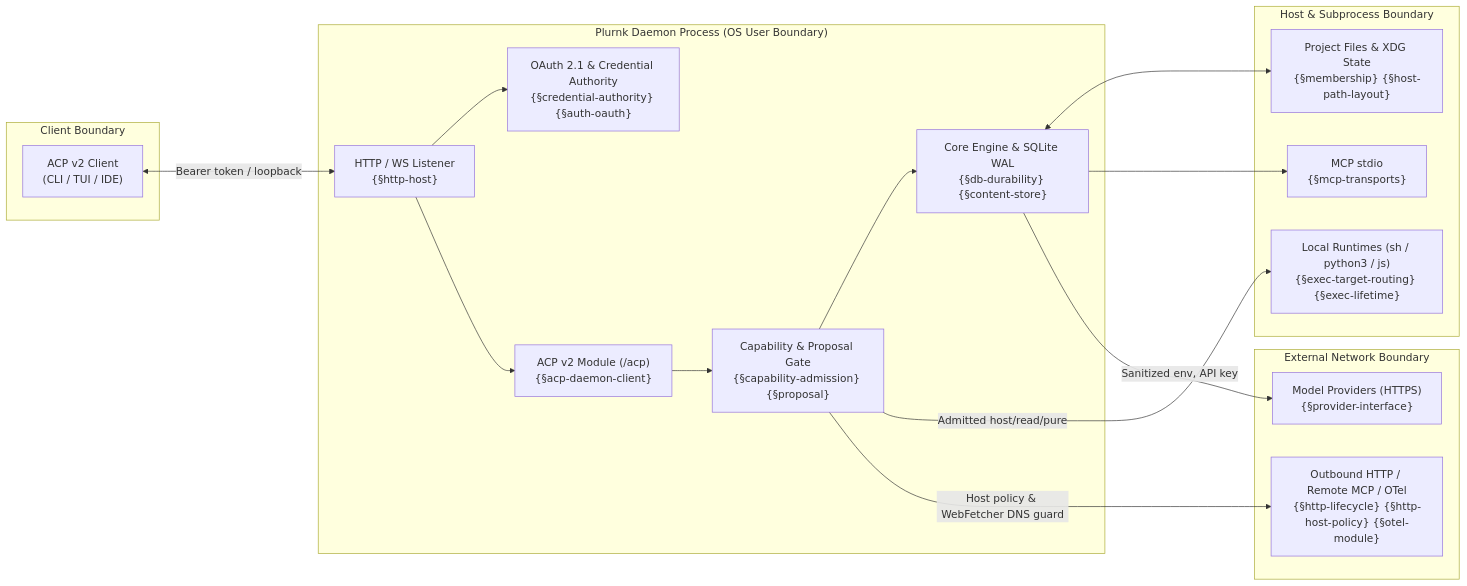
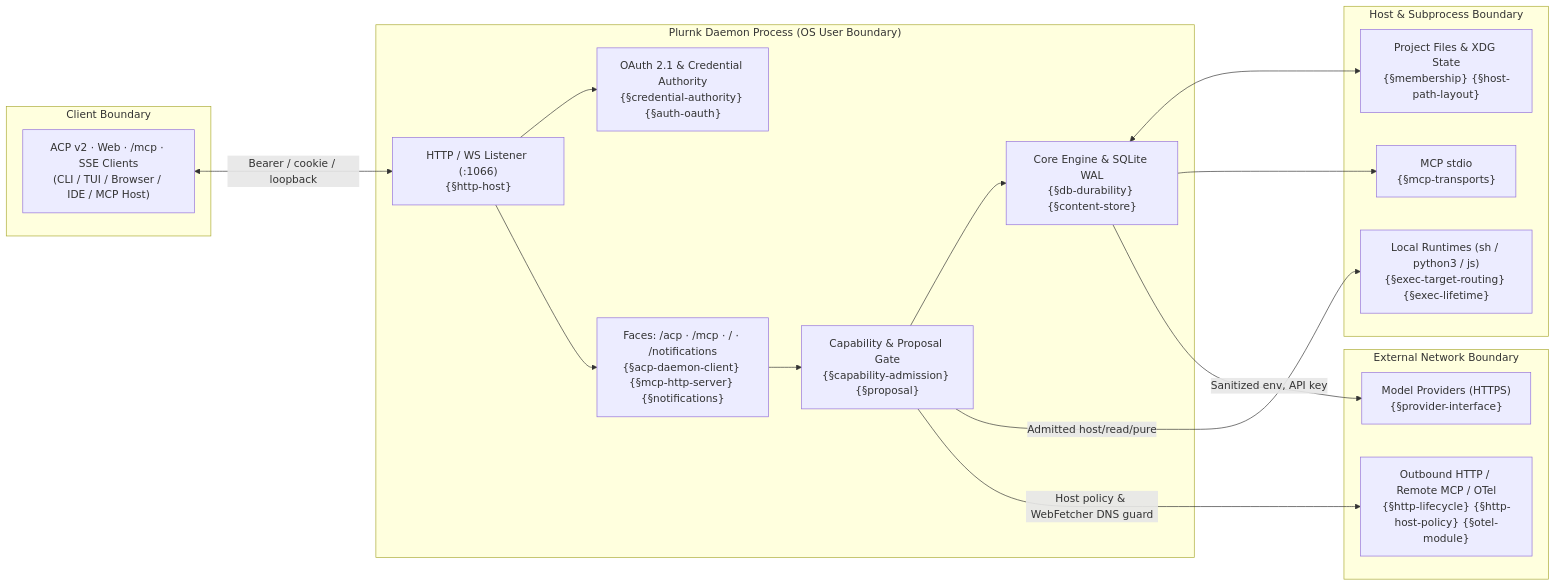
The diagram in ASSURANCE.md (plurnk/plurnk-service), drawn with Mermaid before and after one commit. The commit also changed other lines of this file and 46 other files, not shown here.

Commit message:
docs: prune 6.0 surface and add ACP and DaemonModule shapes to extensibility (#1439)

````diff
--- a/ASSURANCE.md
+++ b/ASSURANCE.md
@@ -17,36 +17,36 @@
 ```mermaid
 flowchart LR
     subgraph ClientBoundary["Client Boundary"]
-        Client["ACP v2 Client<br/>(CLI / TUI / IDE)"]
+        Client["ACP v2 · Web · /mcp · SSE Clients<br/>(CLI / TUI / Browser / IDE / MCP Host)"]
     end
 
     subgraph DaemonBoundary["Plurnk Daemon Process (OS User Boundary)"]
-        Listener["HTTP / WS Listener<br/>{§http-host}"]
+        Listener["HTTP / WS Listener (:1066)<br/>{§http-host}"]
         Auth["OAuth 2.1 & Credential Authority<br/>{§credential-authority} {§auth-oauth}"]
-        ACP["ACP v2 Module (/acp)<br/>{§acp-daemon-client}"]
+        Faces["Faces: /acp · /mcp · / · /notifications<br/>{§acp-daemon-client} {§mcp-http-server} {§notifications}"]
         Coordinator["Capability & Proposal Gate<br/>{§capability-admission} {§proposal}"]
         Engine["Core Engine & SQLite WAL<br/>{§db-durability} {§content-store}"]
     end
 
     subgraph LocalHost["Host & Subprocess Boundary"]
         FS["Project Files & XDG State<br/>{§membership} {§host-path-layout}"]
         Exec["Local Runtimes (sh / python3 / js)<br/>{§exec-target-routing} {§exec-lifetime}"]
         MCPStdio["MCP stdio<br/>{§mcp-transports}"]
     end
 
     subgraph ExternalNetwork["External Network Boundary"]
         Providers["Model Providers (HTTPS)<br/>{§provider-interface}"]
         RemoteHTTP["Outbound HTTP / Remote MCP / OTel<br/>{§http-lifecycle} {§http-host-policy} {§otel-module}"]
     end
 
-    Client <-->|"Bearer token / loopback"| Listener
+    Client <-->|"Bearer / cookie / loopback"| Listener
     Listener --> Auth
-    Listener --> ACP
-    ACP --> Coordinator
+    Listener --> Faces
+    Faces --> Coordinator
     Coordinator --> Engine
     Engine <--> FS
     Coordinator -->|"Admitted host/read/pure"| Exec
     Engine --> MCPStdio
     Engine -->|"Sanitized env, API key"| Providers
     Coordinator -->|"Host policy & WebFetcher DNS guard"| RemoteHTTP
 ```
````
